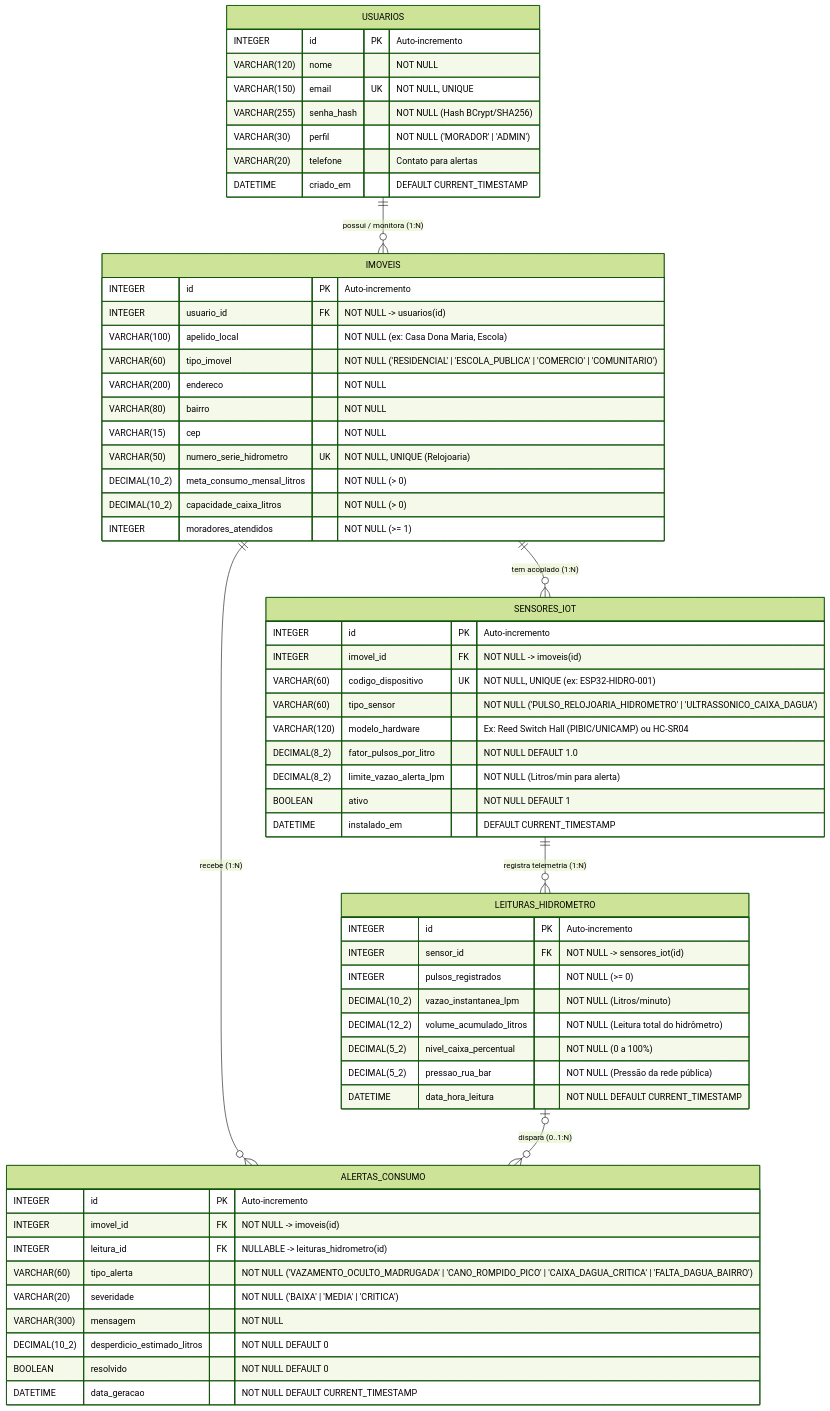
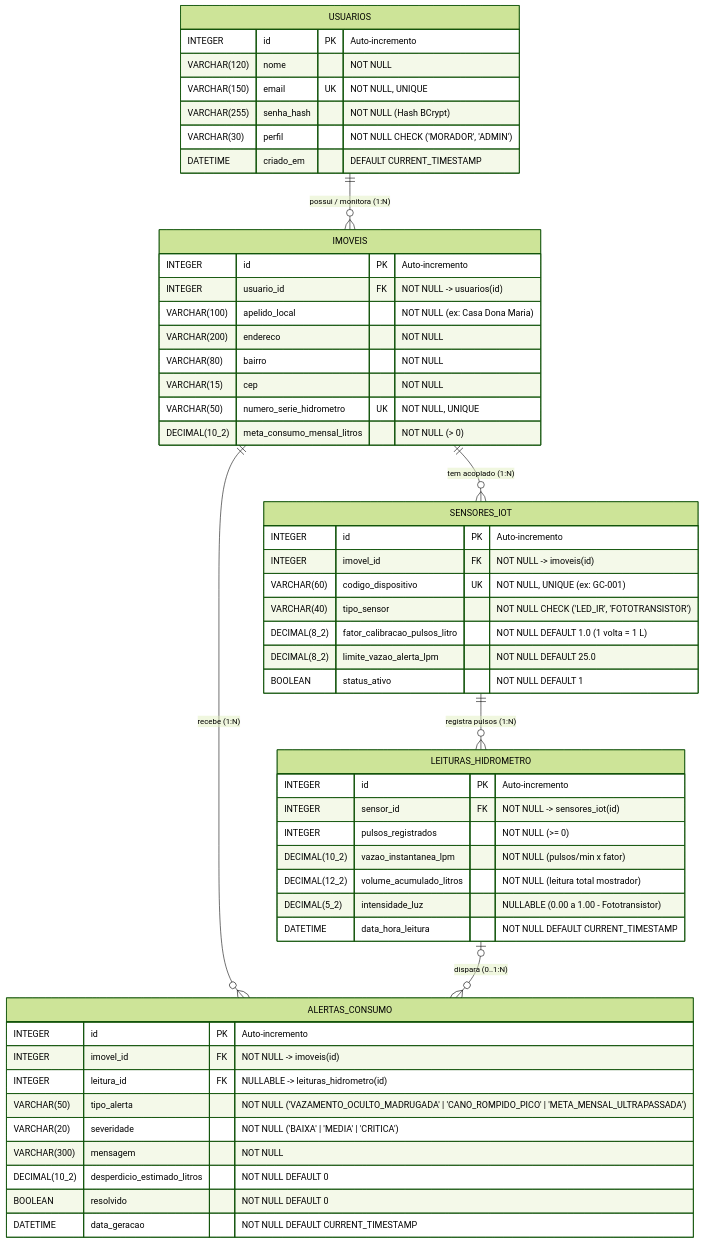
Before and after one commit to Gepetto-FIAP/gotacerta-citizentech: the diagram in database/README_DATABASE.md, drawn with Mermaid (forest theme). The commit also changed other lines of this file and 17 other files, not shown here.

````diff
--- a/database/README_DATABASE.md
+++ b/database/README_DATABASE.md
@@ -11,67 +11,60 @@
 ```mermaid
 erDiagram
     USUARIOS ||--o{ IMOVEIS : "possui / monitora (1:N)"
     IMOVEIS ||--o{ SENSORES_IOT : "tem acoplado (1:N)"
-    SENSORES_IOT ||--o{ LEITURAS_HIDROMETRO : "registra telemetria (1:N)"
+    SENSORES_IOT ||--o{ LEITURAS_HIDROMETRO : "registra pulsos (1:N)"
     IMOVEIS ||--o{ ALERTAS_CONSUMO : "recebe (1:N)"
     LEITURAS_HIDROMETRO |o--o{ ALERTAS_CONSUMO : "dispara (0..1:N)"
 
     USUARIOS {
         INTEGER id PK "Auto-incremento"
         VARCHAR(120) nome "NOT NULL"
         VARCHAR(150) email UK "NOT NULL, UNIQUE"
-        VARCHAR(255) senha_hash "NOT NULL (Hash BCrypt/SHA256)"
-        VARCHAR(30) perfil "NOT NULL ('MORADOR' | 'ADMIN')"
-        VARCHAR(20) telefone "Contato para alertas"
+        VARCHAR(255) senha_hash "NOT NULL (Hash BCrypt)"
+        VARCHAR(30) perfil "NOT NULL CHECK ('MORADOR', 'ADMIN')"
         DATETIME criado_em "DEFAULT CURRENT_TIMESTAMP"
     }
 
     IMOVEIS {
         INTEGER id PK "Auto-incremento"
         INTEGER usuario_id FK "NOT NULL -> usuarios(id)"
-        VARCHAR(100) apelido_local "NOT NULL (ex: Casa Dona Maria, Escola)"
-        VARCHAR(60) tipo_imovel "NOT NULL ('RESIDENCIAL' | 'ESCOLA_PUBLICA' | 'COMERCIO' | 'COMUNITARIO')"
+        VARCHAR(100) apelido_local "NOT NULL (ex: Casa Dona Maria)"
         VARCHAR(200) endereco "NOT NULL"
         VARCHAR(80) bairro "NOT NULL"
         VARCHAR(15) cep "NOT NULL"
-        VARCHAR(50) numero_serie_hidrometro UK "NOT NULL, UNIQUE (Relojoaria)"
+        VARCHAR(50) numero_serie_hidrometro UK "NOT NULL, UNIQUE"
         DECIMAL(10_2) meta_consumo_mensal_litros "NOT NULL (> 0)"
-        DECIMAL(10_2) capacidade_caixa_litros "NOT NULL (> 0)"
-        INTEGER moradores_atendidos "NOT NULL (>= 1)"
     }
 
     SENSORES_IOT {
         INTEGER id PK "Auto-incremento"
         INTEGER imovel_id FK "NOT NULL -> imoveis(id)"
-        VARCHAR(60) codigo_dispositivo UK "NOT NULL, UNIQUE (ex: ESP32-HIDRO-001)"
-        VARCHAR(60) tipo_sensor "NOT NULL ('PULSO_RELOJOARIA_HIDROMETRO' | 'ULTRASSONICO_CAIXA_DAGUA')"
-        VARCHAR(120) modelo_hardware "Ex: Reed Switch Hall (PIBIC/UNICAMP) ou HC-SR04"
-        DECIMAL(8_2) fator_pulsos_por_litro "NOT NULL DEFAULT 1.0"
-        DECIMAL(8_2) limite_vazao_alerta_lpm "NOT NULL (Litros/min para alerta)"
-        BOOLEAN ativo "NOT NULL DEFAULT 1"
-        DATETIME instalado_em "DEFAULT CURRENT_TIMESTAMP"
+        VARCHAR(60) codigo_dispositivo UK "NOT NULL, UNIQUE (ex: GC-001)"
+        VARCHAR(40) tipo_sensor "NOT NULL CHECK ('LED_IR', 'FOTOTRANSISTOR')"
+        DECIMAL(8_2) fator_calibracao_pulsos_litro "NOT NULL DEFAULT 1.0 (1 volta = 1 L)"
+        DECIMAL(8_2) limite_vazao_alerta_lpm "NOT NULL DEFAULT 25.0"
+        BOOLEAN status_ativo "NOT NULL DEFAULT 1"
     }
 
     LEITURAS_HIDROMETRO {
         INTEGER id PK "Auto-incremento"
         INTEGER sensor_id FK "NOT NULL -> sensores_iot(id)"
         INTEGER pulsos_registrados "NOT NULL (>= 0)"
-        DECIMAL(10_2) vazao_instantanea_lpm "NOT NULL (Litros/minuto)"
-        DECIMAL(12_2) volume_acumulado_litros "NOT NULL (Leitura total do hidrômetro)"
-        DECIMAL(5_2) nivel_caixa_percentual "NOT NULL (0 a 100%)"
-        DECIMAL(5_2) pressao_rua_bar "NOT NULL (Pressão da rede pública)"
+        DECIMAL(10_2) vazao_instantanea_lpm "NOT NULL (pulsos/min x fator)"
+        DECIMAL(12_2) volume_acumulado_litros "NOT NULL (leitura total mostrador)"
+        DECIMAL(5_2) intensidade_luz "NULLABLE (0.00 a 1.00 - Fototransistor)"
         DATETIME data_hora_leitura "NOT NULL DEFAULT CURRENT_TIMESTAMP"
     }
 
     ALERTAS_CONSUMO {
         INTEGER id PK "Auto-incremento"
         INTEGER imovel_id FK "NOT NULL -> imoveis(id)"
         INTEGER leitura_id FK "NULLABLE -> leituras_hidrometro(id)"
-        VARCHAR(60) tipo_alerta "NOT NULL ('VAZAMENTO_OCULTO_MADRUGADA' | 'CANO_ROMPIDO_PICO' | 'CAIXA_DAGUA_CRITICA' | 'FALTA_DAGUA_BAIRRO')"
+        VARCHAR(50) tipo_alerta "NOT NULL ('VAZAMENTO_OCULTO_MADRUGADA' | 'CANO_ROMPIDO_PICO' | 'META_MENSAL_ULTRAPASSADA')"
         VARCHAR(20) severidade "NOT NULL ('BAIXA' | 'MEDIA' | 'CRITICA')"
         VARCHAR(300) mensagem "NOT NULL"
         DECIMAL(10_2) desperdicio_estimado_litros "NOT NULL DEFAULT 0"
         BOOLEAN resolvido "NOT NULL DEFAULT 0"
         DATETIME data_geracao "NOT NULL DEFAULT CURRENT_TIMESTAMP"
     }
 ```
````
